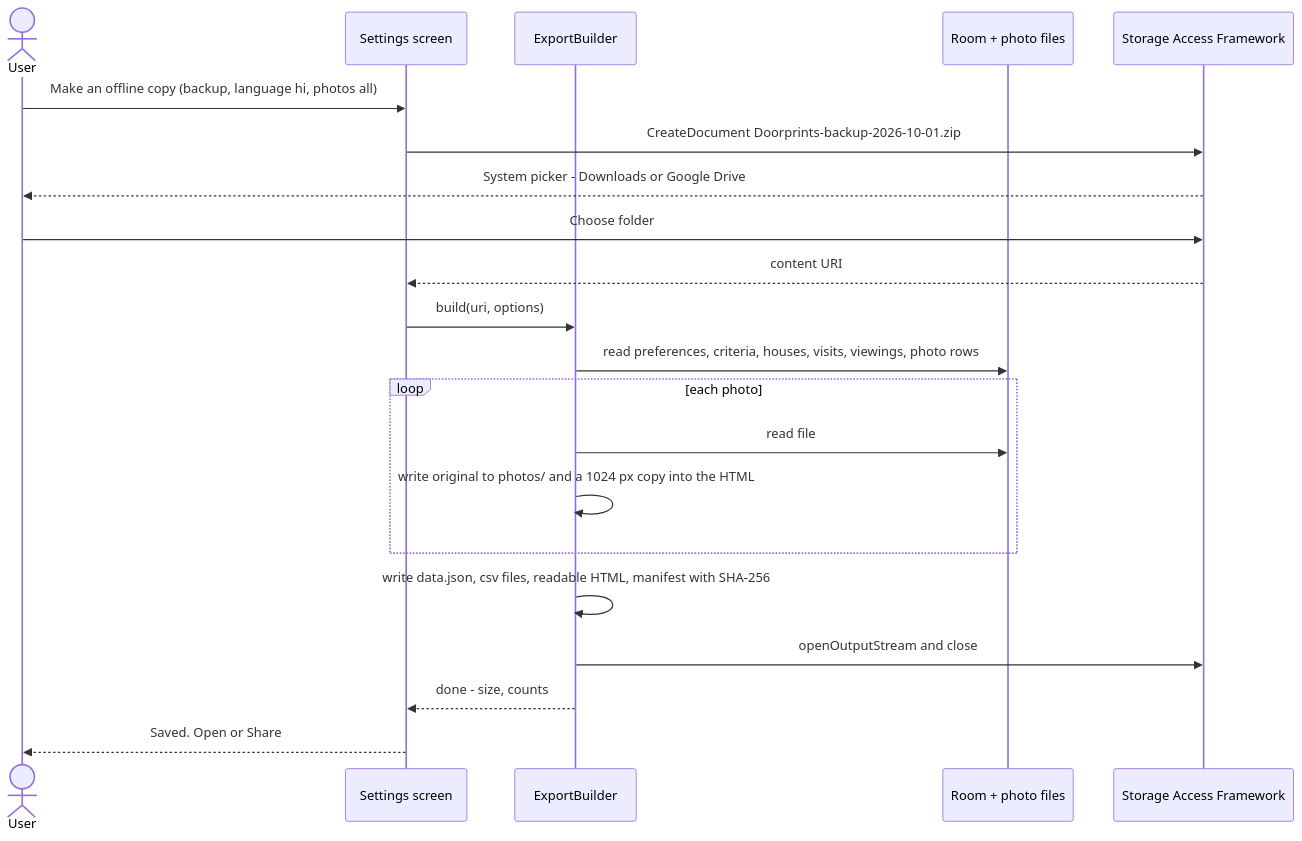
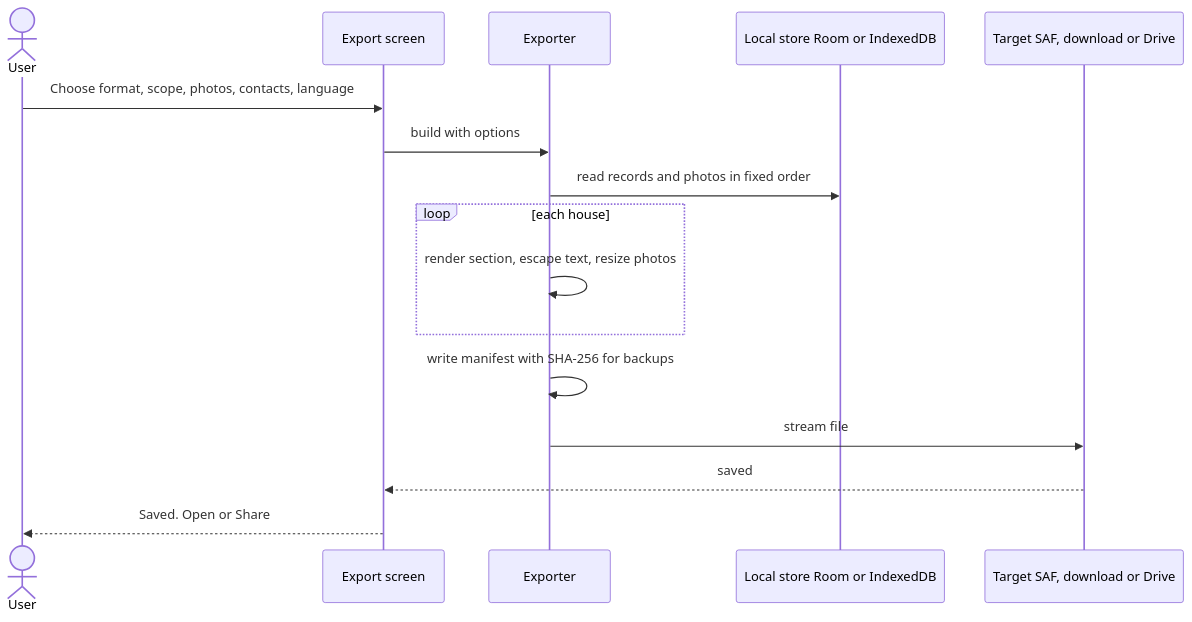
One commit to Sriram-Codes-SW/doorprints changed the first of 4 diagrams in docs/11-feature-parity-and-export-spec.md. Above: the diagram before and after it, drawn with Mermaid. The commit also changed other lines of this file and 40 other files, not shown here.

````diff
--- a/docs/11-feature-parity-and-export-spec.md
+++ b/docs/11-feature-parity-and-export-spec.md
@@ -132,23 +178,18 @@
 ```mermaid
 sequenceDiagram
     actor U as User
-    participant S as Settings screen
-    participant E as ExportBuilder
-    participant R as Room + photo files
-    participant SAF as Storage Access Framework
-    U->>S: Make an offline copy (backup, language hi, photos all)
-    S->>SAF: CreateDocument Doorprints-backup-2026-10-01.zip
-    SAF-->>U: System picker - Downloads or Google Drive
-    U->>SAF: Choose folder
-    SAF-->>S: content URI
-    S->>E: build(uri, options)
-    E->>R: read preferences, criteria, houses, visits, viewings, photo rows
-    loop each photo
-        E->>R: read file
-        E->>E: write original to photos/ and a 1024 px copy into the HTML
+    participant S as Export screen
+    participant E as Exporter
+    participant L as Local store Room or IndexedDB
+    participant T as Target SAF, download or Drive
+    U->>S: Choose format, scope, photos, contacts, language
+    S->>E: build with options
+    E->>L: read records and photos in fixed order
+    loop each house
+        E->>E: render section, escape text, resize photos
     end
-    E->>E: write data.json, csv files, readable HTML, manifest with SHA-256
-    E->>SAF: openOutputStream and close
-    E-->>S: done - size, counts
+    E->>E: write manifest with SHA-256 for backups
+    E->>T: stream file
+    T-->>S: saved
     S-->>U: Saved. Open or Share
 ```
````
